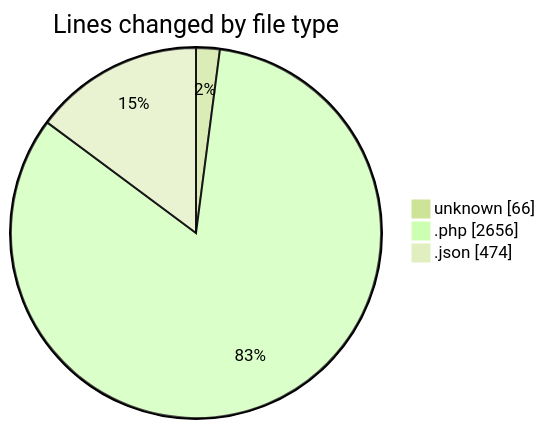
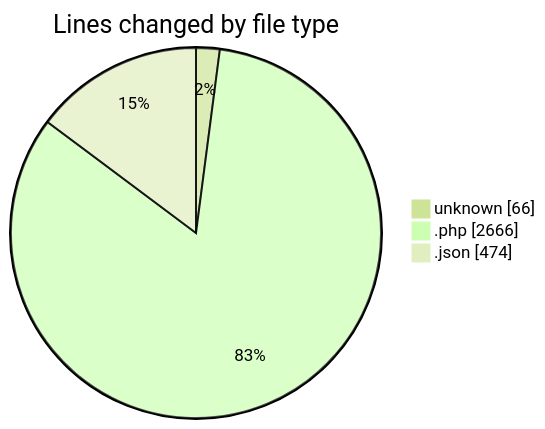
One commit to idhammustaqopulfikri/code-tracking changed the first of 2 diagrams in 2025-05-27/studio-backend/README.md. Above: the diagram before and after it, drawn with Mermaid (forest theme). The commit also changed other lines of this file and 1 other file, not shown here.

````diff
--- a/2025-05-27/studio-backend/README.md
+++ b/2025-05-27/studio-backend/README.md
@@ -54,7 +54,7 @@
 ```mermaid
 pie showData
 title Lines changed by file type
 "unknown" : 66
-".php" : 2656
+".php" : 2666
 ".json" : 474
 ```
````
